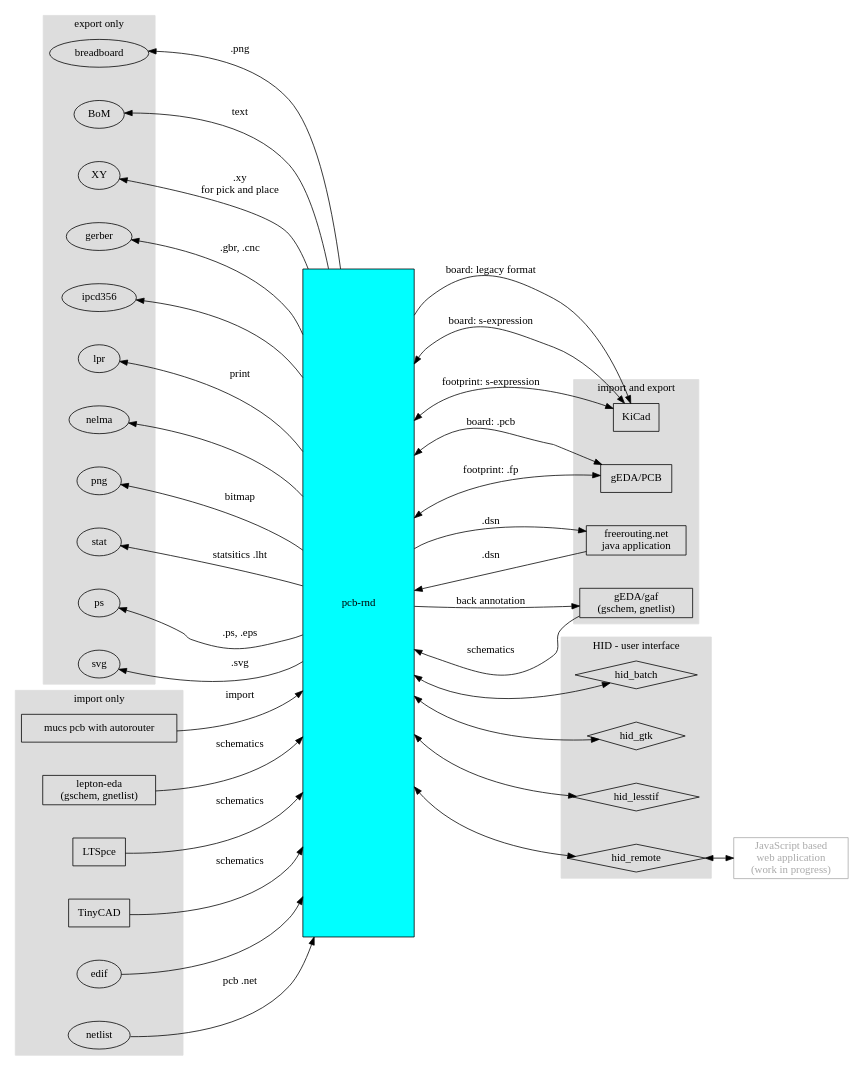
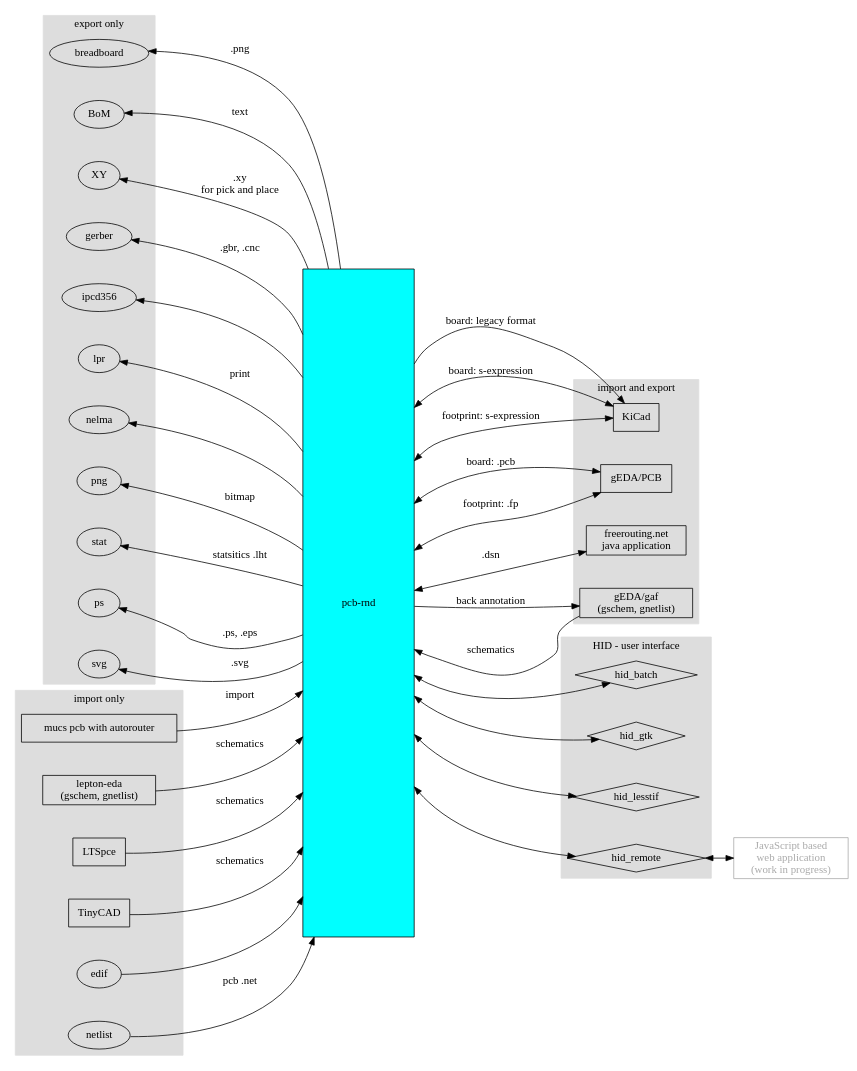
The diagram in doc/developer/bridges/bridges.dot (NoSuchProcess/pcb-rnd), drawn with Graphviz before and after one commit. The commit also changed 1 other file, not shown here.

Commit message:
[doc] -Cleanup: the .dsn path should be a single bidirectional arrow

```diff
--- a/doc/developer/bridges/bridges.dot
+++ b/doc/developer/bridges/bridges.dot
@@ -1,110 +1,109 @@
 digraph gr {
 	rankdir=LR
 	nodesep=0.6
 	
 	pcbrnd [label="pcb-rnd" style=filled fillcolor=cyan shape=box height=12 width=2]
 	kicad [label="KiCad" shape=box]
 	pcb [label="gEDA/PCB" shape=box]
 	freerouting [label="freerouting.net\njava application" shape=box]
 	mucs [label="mucs pcb with autorouter" shape=box]
 	gEDA [label="gEDA/gaf\n(gschem, gnetlist)" shape=box]
 	lepton [label="lepton-eda\n(gschem, gnetlist)" shape=box]
 	ltspice [label="LTSpce" shape=box]
 	tinycad [label="TinyCAD" shape=box]
 	web [label="JavaScript based\nweb application\n(work in progress)" shape=box color="#aaaaaa" fontcolor="#aaaaaa"]
 
 
 	subgraph cluster_HID {
 		label = "HID - user interface"
 		style=filled
 		color="#dddddd"
 
 		batch   [label="hid_batch" shape=diamond]
 		gtk     [label="hid_gtk" shape=diamond]
 		lesstif [label="hid_lesstif" shape=diamond]
 		remote  [label="hid_remote" shape=diamond]
 	}
 
 	subgraph cluster_import {
 		label = "import only"
 		style=filled
 		color="#dddddd"
 
 		lepton
 		mucs
 		edif
 		ltspice
 		netlist
 		tinycad
 	}
 
 	subgraph cluster_export {
 		label = "export only"
 		style=filled
 		color="#dddddd"
 
 		breadboard
 		BoM
 		XY
 		gerber
 		ipcd356
 		lpr
 		nelma
 		png
 		ps
 		stat
 		svg
 	}
 
 	subgraph cluster_ie {
 		label = "import and export"
 		style=filled
 		color="#dddddd"
 
 		gEDA
 		kicad
 		pcb
 		freerouting
 	}
 
 	pcbrnd -> kicad [label="board: legacy format"]
 	pcbrnd -> kicad [label="board: s-expression" dir=both]
 	pcbrnd -> kicad [label="footprint: s-expression" dir=both]
 
 
 	pcbrnd -> pcb [label="board: .pcb" dir=both]
 	pcbrnd -> pcb [label="footprint: .fp" dir=both]
 
-	pcbrnd -> freerouting [label=".dsn"]
-	freerouting -> pcbrnd [label=".dsn"]
+	pcbrnd -> freerouting [label=".dsn" dir=both]
 	mucs -> pcbrnd [label="import"]
 
 	pcbrnd -> breadboard [label=".png"]
 	pcbrnd -> BoM [label="text"]
 	pcbrnd -> XY [label=".xy\nfor pick and place"]
 	pcbrnd -> gerber [label=".gbr, .cnc"]
 	pcbrnd -> ipcd356
 	pcbrnd -> lpr [label="print"]
 	pcbrnd -> nelma
 	pcbrnd -> png [label="bitmap"]
 	pcbrnd -> ps [label=".ps, .eps"]
 	pcbrnd -> stat [label="statsitics .lht"]
 	pcbrnd -> svg [label=".svg"]
 
 	edif -> pcbrnd
 	ltspice -> pcbrnd [label="schematics"]
 	netlist -> pcbrnd [label="pcb .net"]
 	lepton -> pcbrnd [label="schematics"]
 	gEDA -> pcbrnd [label="schematics"]
 	pcbrnd -> gEDA [label="back annotation" weight=10]
 	tinycad -> pcbrnd [label="schematics"]
 
 	pcbrnd -> batch [dir=both]
 	pcbrnd -> gtk [dir=both]
 	pcbrnd -> lesstif [dir=both]
 	pcbrnd -> remote [dir=both]
 
 	remote -> web [dir=both]
 
 	ps -> pcbrnd [weight=1000 style=invis]
 }
```
